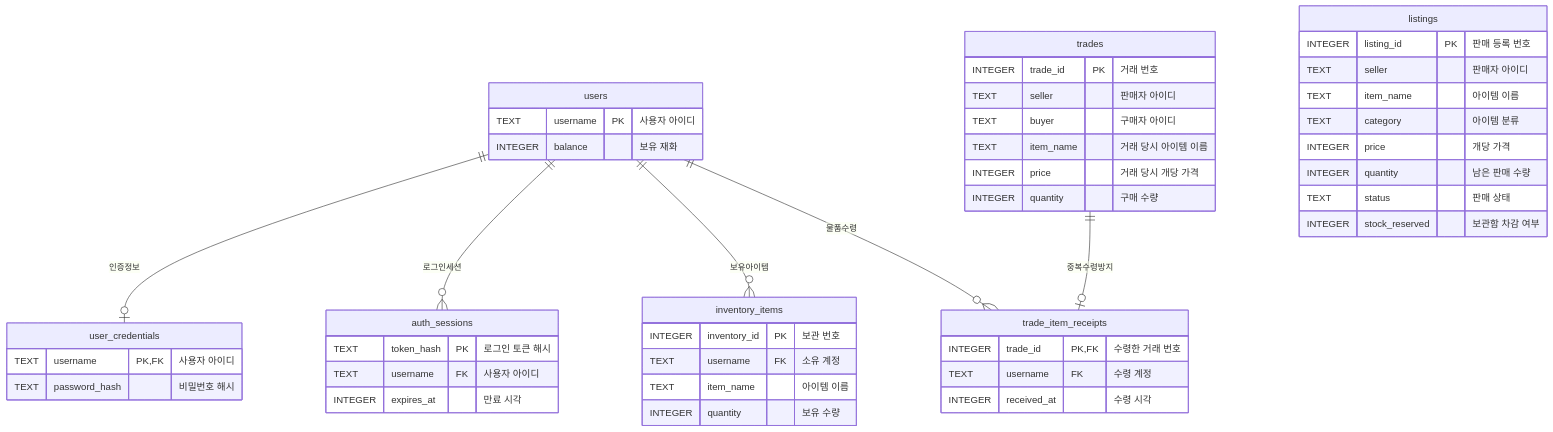
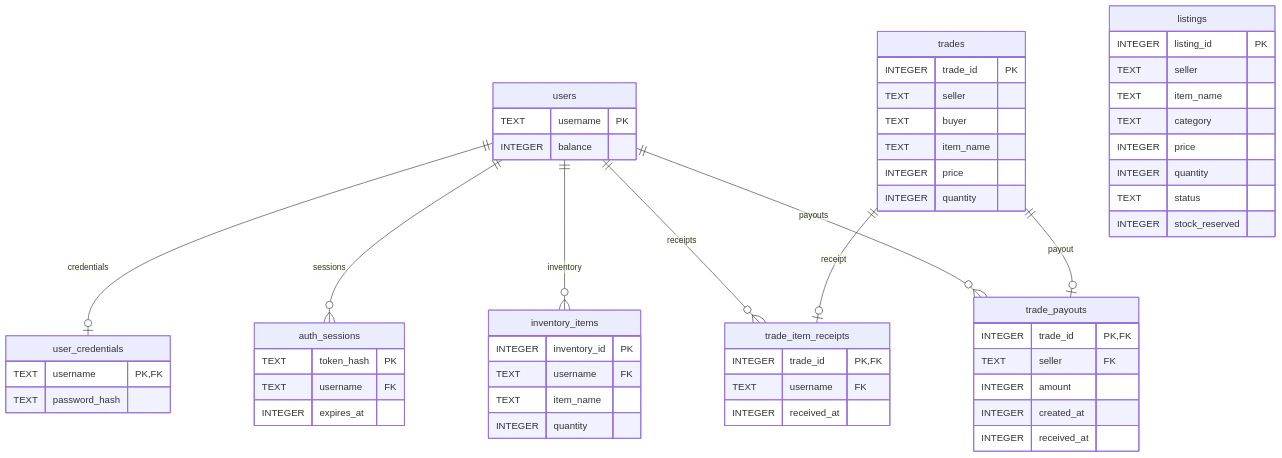
One commit to 6723300-ui/auction-world changed the diagram in README.md. Above: the diagram before and after it, drawn with Mermaid. The commit also changed other lines of this file and 9 other files, not shown here.

Commit message:
Finalize auction UI and seller payout flow

````diff
--- a/README.md
+++ b/README.md
@@ -180,57 +351,67 @@
 ```mermaid
 erDiagram
-    users ||--o| user_credentials : 인증정보
-    users ||--o{ auth_sessions : 로그인세션
-    users ||--o{ inventory_items : 보유아이템
-    users ||--o{ trade_item_receipts : 물품수령
-    trades ||--o| trade_item_receipts : 중복수령방지
+    users ||--o| user_credentials : credentials
+    users ||--o{ auth_sessions : sessions
+    users ||--o{ inventory_items : inventory
+    users ||--o{ trade_item_receipts : receipts
+    trades ||--o| trade_item_receipts : receipt
+    users ||--o{ trade_payouts : payouts
+    trades ||--o| trade_payouts : payout
 
     users {
-        TEXT username PK "사용자 아이디"
-        INTEGER balance "보유 재화"
+        TEXT username PK
+        INTEGER balance
     }
 
     user_credentials {
-        TEXT username PK,FK "사용자 아이디"
-        TEXT password_hash "비밀번호 해시"
+        TEXT username PK,FK
+        TEXT password_hash
     }
 
     auth_sessions {
-        TEXT token_hash PK "로그인 토큰 해시"
-        TEXT username FK "사용자 아이디"
-        INTEGER expires_at "만료 시각"
+        TEXT token_hash PK
+        TEXT username FK
+        INTEGER expires_at
     }
 
     inventory_items {
-        INTEGER inventory_id PK "보관 번호"
-        TEXT username FK "소유 계정"
-        TEXT item_name "아이템 이름"
-        INTEGER quantity "보유 수량"
+        INTEGER inventory_id PK
+        TEXT username FK
+        TEXT item_name
+        INTEGER quantity
     }
 
     listings {
-        INTEGER listing_id PK "판매 등록 번호"
-        TEXT seller "판매자 아이디"
-        TEXT item_name "아이템 이름"
-        TEXT category "아이템 분류"
-        INTEGER price "개당 가격"
-        INTEGER quantity "남은 판매 수량"
-        TEXT status "판매 상태"
-        INTEGER stock_reserved "보관함 차감 여부"
+        INTEGER listing_id PK
+        TEXT seller
+        TEXT item_name
+        TEXT category
+        INTEGER price
+        INTEGER quantity
+        TEXT status
+        INTEGER stock_reserved
     }
 
     trades {
-        INTEGER trade_id PK "거래 번호"
-        TEXT seller "판매자 아이디"
-        TEXT buyer "구매자 아이디"
-        TEXT item_name "거래 당시 아이템 이름"
-        INTEGER price "거래 당시 개당 가격"
-        INTEGER quantity "구매 수량"
+        INTEGER trade_id PK
+        TEXT seller
+        TEXT buyer
+        TEXT item_name
+        INTEGER price
+        INTEGER quantity
     }
 
     trade_item_receipts {
-        INTEGER trade_id PK,FK "수령한 거래 번호"
-        TEXT username FK "수령 계정"
-        INTEGER received_at "수령 시각"
+        INTEGER trade_id PK,FK
+        TEXT username FK
+        INTEGER received_at
+    }
+
+    trade_payouts {
+        INTEGER trade_id PK,FK
+        TEXT seller FK
+        INTEGER amount
+        INTEGER created_at
+        INTEGER received_at
     }
 ```
````
